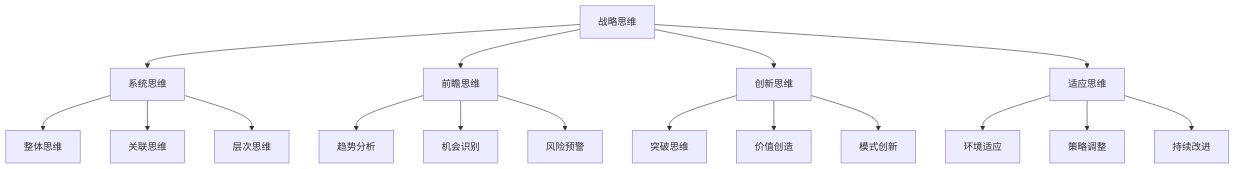
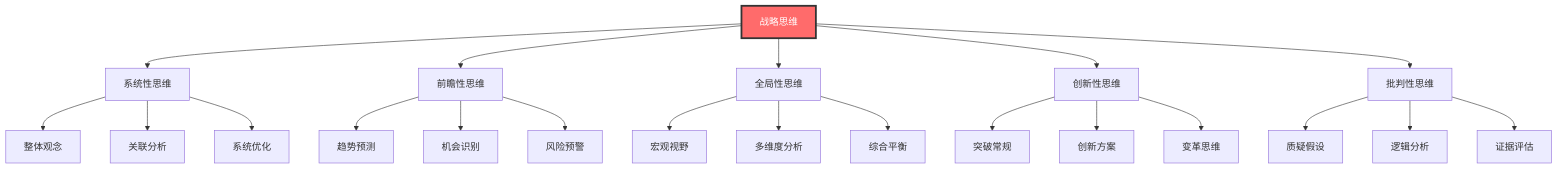
One commit to Anping2017/obsidian changed the first of 8 diagrams in 企业领导力/03-能力构建层/核心领导能力/01-战略思维.md. Above: the diagram before and after it, drawn with Mermaid. The commit also changed other lines of this file and 28 other files, not shown here.

````diff
--- a/企业领导力/03-能力构建层/核心领导能力/01-战略思维.md
+++ b/企业领导力/03-能力构建层/核心领导能力/01-战略思维.md
@@ -17,23 +9,30 @@
 ```mermaid
 graph TD
-    A[战略思维] --> B[系统思维]
-    A --> C[前瞻思维]
-    A --> D[创新思维]
-    A --> E[适应思维]
+    A[战略思维] --> B[系统性思维]
+    A --> C[前瞻性思维]
+    A --> D[全局性思维]
+    A --> E[创新性思维]
+    A --> F[批判性思维]
     
-    B --> B1[整体思维]
-    B --> B2[关联思维]
-    B --> B3[层次思维]
+    B --> B1[整体观念]
+    B --> B2[关联分析]
+    B --> B3[系统优化]
     
-    C --> C1[趋势分析]
+    C --> C1[趋势预测]
     C --> C2[机会识别]
     C --> C3[风险预警]
     
-    D --> D1[突破思维]
-    D --> D2[价值创造]
-    D --> D3[模式创新]
+    D --> D1[宏观视野]
+    D --> D2[多维度分析]
+    D --> D3[综合平衡]
     
-    E --> E1[环境适应]
-    E --> E2[策略调整]
-    E --> E3[持续改进]
+    E --> E1[突破常规]
+    E --> E2[创新方案]
+    E --> E3[变革思维]
+    
+    F --> F1[质疑假设]
+    F --> F2[逻辑分析]
+    F --> F3[证据评估]
+    
+    style A fill:#ff6b6b,stroke:#333,stroke-width:3px,color:#fff
 ```
````
